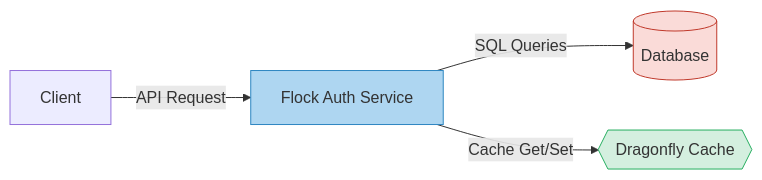
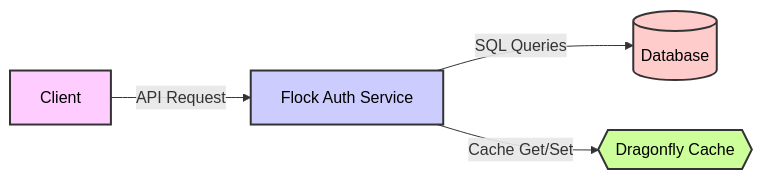
The diagram in flock-auth-service/database/README.md (flock-eng/flock), drawn with Mermaid before and after one commit.

Commit message:
better diagram

````diff
--- a/flock-auth-service/database/README.md
+++ b/flock-auth-service/database/README.md
@@ -20,11 +20,11 @@
 ```mermaid
 flowchart LR
     A[Client] -->|API Request| B[Flock Auth Service]
     B -->|SQL Queries| C@{ shape: cyl, label: "Database" }
     B -->|Cache Get/Set| D{{Dragonfly Cache}}
 
-    %% Updated styling for improved readability
-    style B fill:#AED6F1,stroke:#2E86C1,stroke-width:1px
-    style C fill:#FADBD8,stroke:#C0392B,stroke-width:1px
-    style D fill:#D4EFDF,stroke:#27AE60,stroke-width:1px
+    style A fill:#ffccff,stroke:#333,stroke-width:2px,color:#000
+    style B fill:#ccccff,stroke:#333,stroke-width:2px,color:#000
+    style C fill:#ffcccc,stroke:#333,stroke-width:2px,color:#000
+    style D fill:#ccff99,stroke:#333,stroke-width:2px,color:#000
 ```
````
